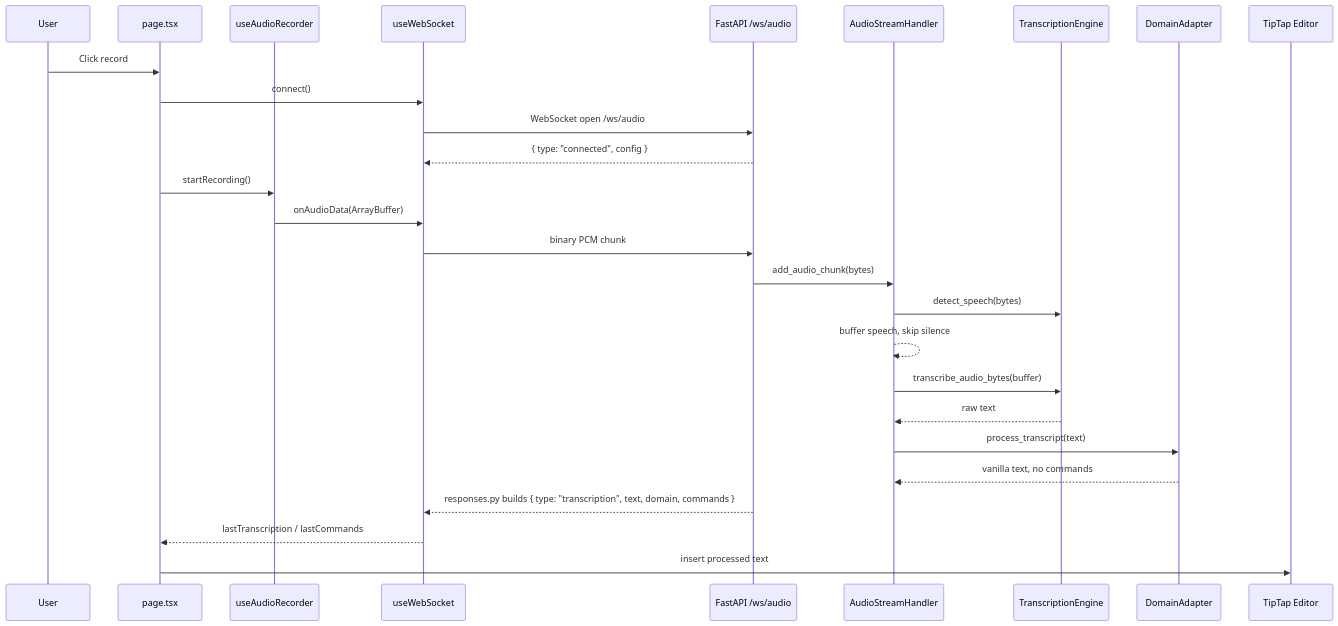
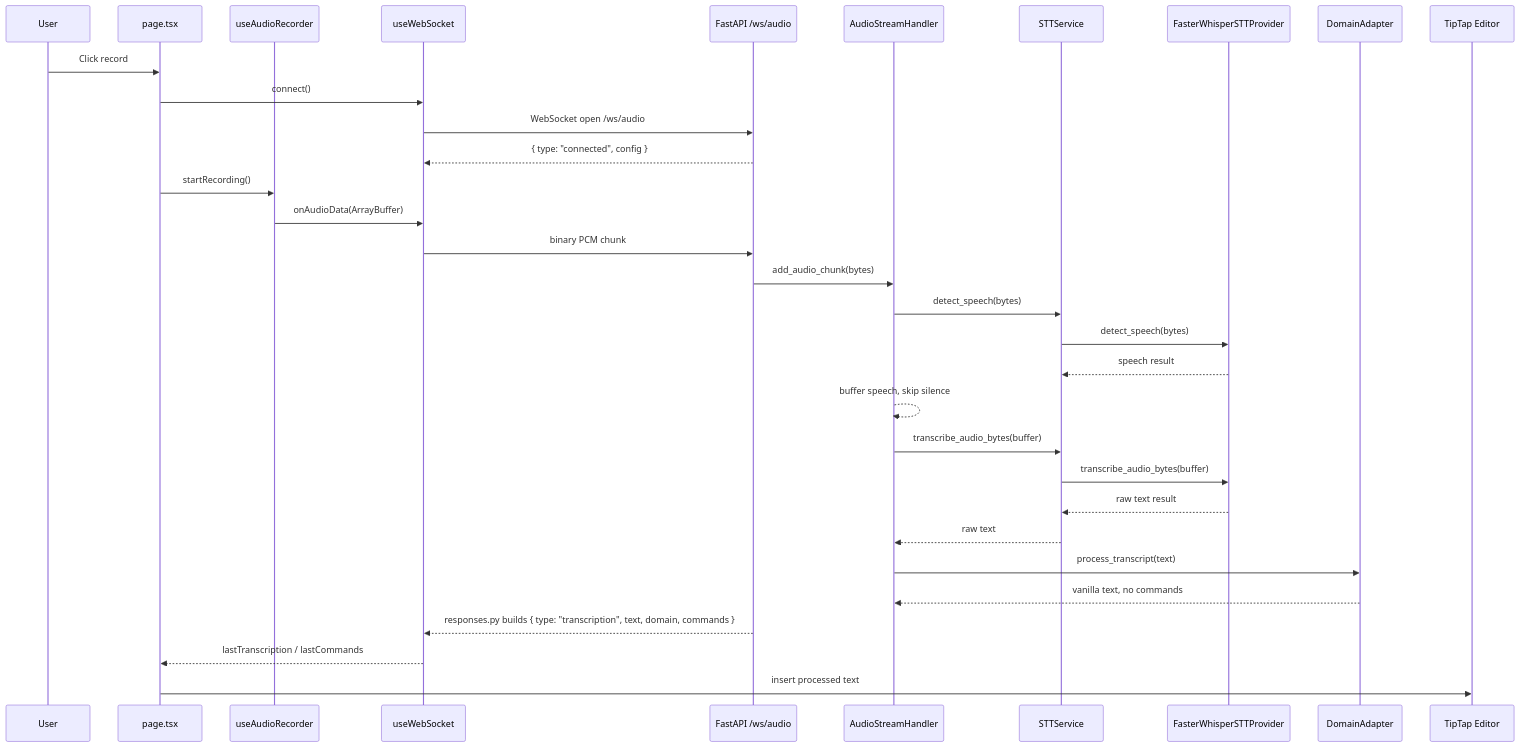
The second of 4 diagrams in medical-dictation/ARCHITECTURE_GRAPH.md (mrimmortal/Trans), drawn with Mermaid before and after one commit. The commit also changed other lines of this file and 15 other files, not shown here.

Commit message:
stt Optimized for architecture rules

````diff
--- a/medical-dictation/ARCHITECTURE_GRAPH.md
+++ b/medical-dictation/ARCHITECTURE_GRAPH.md
@@ -100,30 +102,35 @@
 ```mermaid
 sequenceDiagram
   participant U as User
   participant P as page.tsx
   participant R as useAudioRecorder
   participant W as useWebSocket
   participant B as FastAPI /ws/audio
   participant H as AudioStreamHandler
-  participant E as TranscriptionEngine
+  participant E as STTService
+  participant F as FasterWhisperSTTProvider
   participant D as DomainAdapter
   participant T as TipTap Editor
 
   U->>P: Click record
   P->>W: connect()
   W->>B: WebSocket open /ws/audio
   B-->>W: { type: "connected", config }
   P->>R: startRecording()
   R->>W: onAudioData(ArrayBuffer)
   W->>B: binary PCM chunk
   B->>H: add_audio_chunk(bytes)
   H->>E: detect_speech(bytes)
+  E->>F: detect_speech(bytes)
+  F-->>E: speech result
   H-->>H: buffer speech, skip silence
   H->>E: transcribe_audio_bytes(buffer)
+  E->>F: transcribe_audio_bytes(buffer)
+  F-->>E: raw text result
   E-->>H: raw text
   H->>D: process_transcript(text)
   D-->>H: vanilla text, no commands
   B-->>W: responses.py builds { type: "transcription", text, domain, commands }
   W-->>P: lastTranscription / lastCommands
   P->>T: insert processed text
 ```
````
